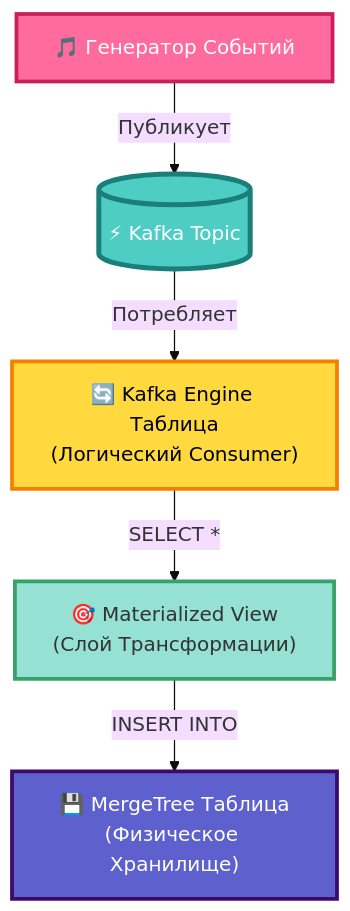
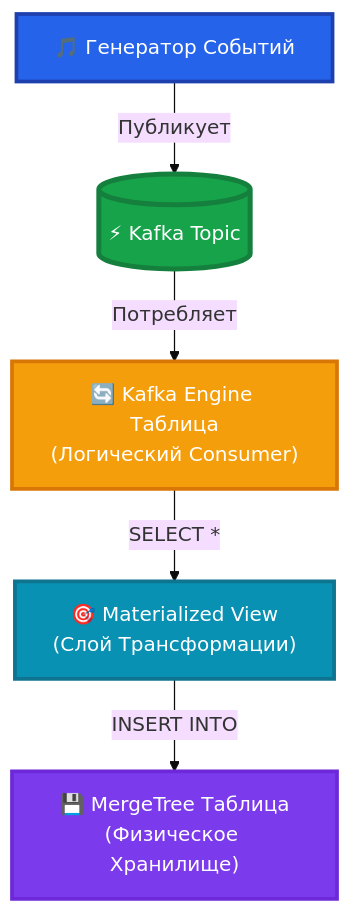
Before and after one commit to Almas1989/kafka_de_project: the fourth of 4 diagrams in README.md, drawn with Mermaid (base theme). The commit also changed other lines of this file, not shown here.

````diff
--- a/README.md
+++ b/README.md
@@ -186,13 +186,13 @@
 ```mermaid
 flowchart TB
     A["🎵 Генератор Событий"] -- Публикует --> B[("⚡ Kafka Topic")]
     B -- Потребляет --> C["🔄 Kafka Engine Таблица<br/>(Логический Consumer)"]
     C -- SELECT * --> D["🎯 Materialized View<br/>(Слой Трансформации)"]
     D -- INSERT INTO --> E["💾 MergeTree Таблица<br/>(Физическое Хранилище)"]
 
-    style A fill:#FF6B9D,stroke:#C91F5B,stroke-width:3px,color:#fff
-    style B fill:#4ECDC4,stroke:#1A7F7A,stroke-width:4px,color:#fff
-    style C fill:#FFD93D,stroke:#F77F00,stroke-width:3px,color:#000
-    style D fill:#95E1D3,stroke:#38A169,stroke-width:3px
-    style E fill:#5E60CE,stroke:#3C096C,stroke-width:3px,color:#fff
+    style A fill:#2563eb,stroke:#1e40af,stroke-width:3px,color:#fff
+    style B fill:#16a34a,stroke:#15803d,stroke-width:4px,color:#fff
+    style C fill:#f59e0b,stroke:#d97706,stroke-width:3px,color:#fff
+    style D fill:#0891b2,stroke:#0e7490,stroke-width:3px,color:#fff
+    style E fill:#7c3aed,stroke:#6d28d9,stroke-width:3px,color:#fff
 ```
````
